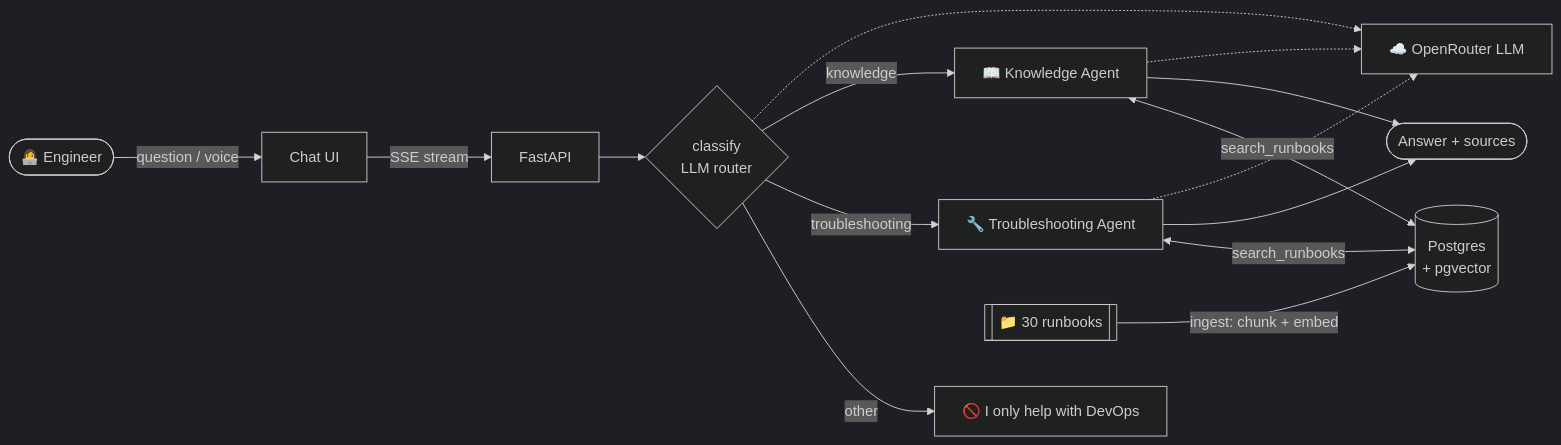
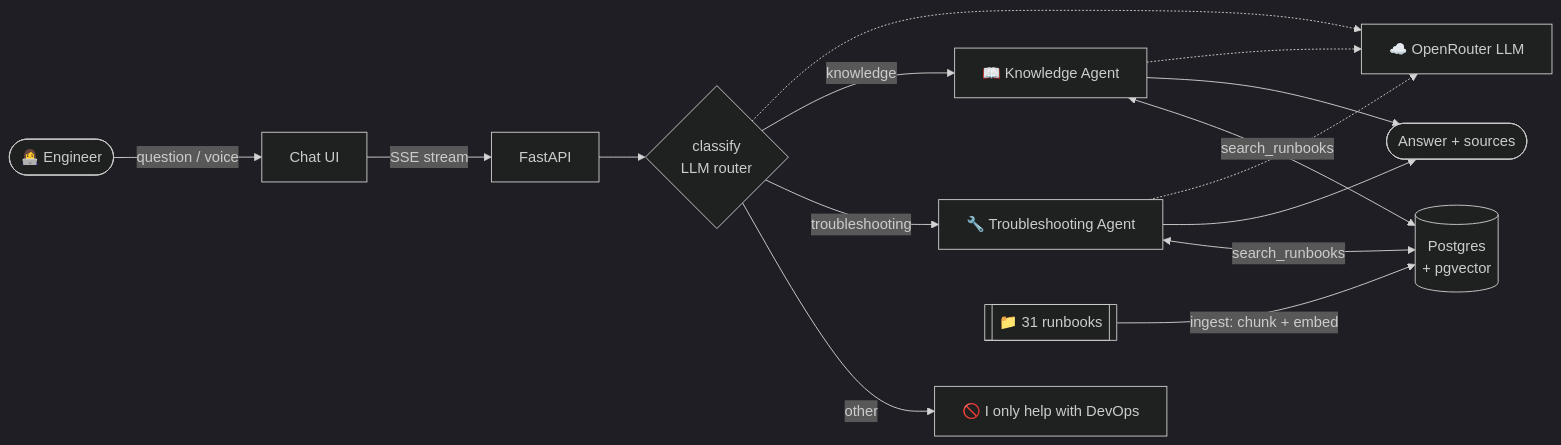
Before and after one commit to NVB20/devops-ai: the diagram in README.md, drawn with Mermaid (dark theme). The commit also changed other lines of this file and 6 other files, not shown here.

````diff
--- a/README.md
+++ b/README.md
@@ -42,17 +42,17 @@
 ```mermaid
 flowchart LR
     U([👩‍💻 Engineer]) -->|question / voice| UI[Chat UI]
     UI -->|SSE stream| API[FastAPI]
     API --> C{classify<br/>LLM router}
     C -->|other| X[🚫 I only help with DevOps]
     C -->|troubleshooting| T[🔧 Troubleshooting Agent]
     C -->|knowledge| K[📖 Knowledge Agent]
     T <-->|search_runbooks| S[(Postgres<br/>+ pgvector)]
     K <-->|search_runbooks| S
     T --> A([Answer + sources])
     K --> A
-    KB[[📁 30 runbooks]] -->|ingest: chunk + embed| S
+    KB[[📁 31 runbooks]] -->|ingest: chunk + embed| S
     T -.-> OR[☁️ OpenRouter LLM]
     K -.-> OR
     C -.-> OR
 ```
````
